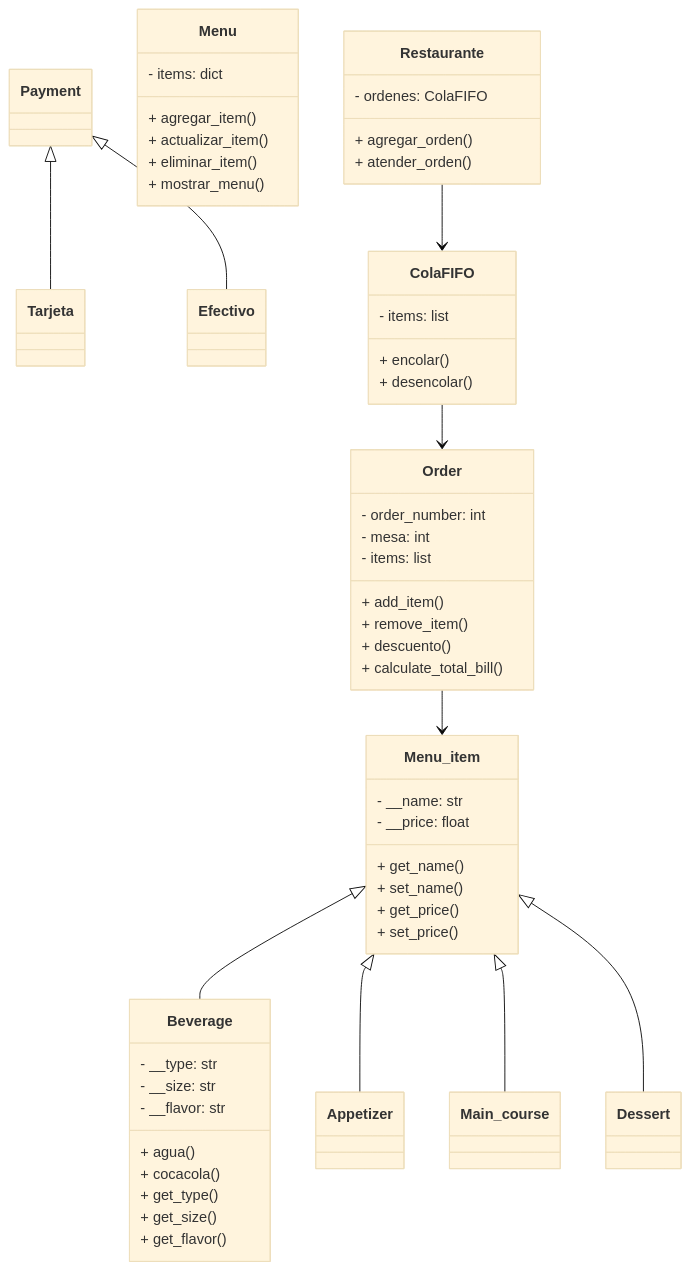
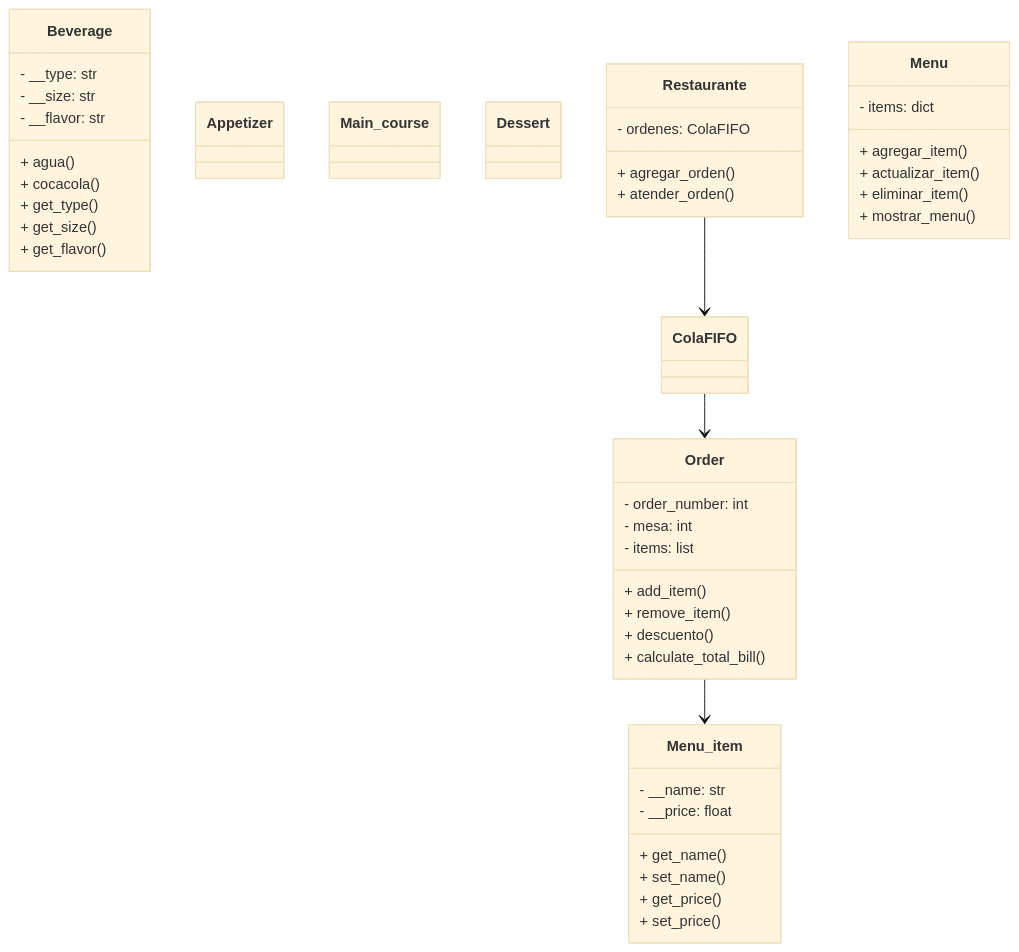
Before and after one commit to Miguel-Coder-24/Reto-7: the first of 2 diagrams in README.md, drawn with Mermaid (base theme).

Commit message:
README.md

````diff
--- a/README.md
+++ b/README.md
@@ -7,71 +7,53 @@
 ```mermaid
 classDiagram
     class Menu_item {
         - __name: str
         - __price: float
         + get_name()
         + set_name()
         + get_price()
         + set_price()
     }
 
     class Beverage {
         - __type: str
         - __size: str
         - __flavor: str
         + agua()
         + cocacola()
         + get_type()
         + get_size()
         + get_flavor()
     }
 
     class Appetizer
     class Main_course
     class Dessert
     class Order {
         - order_number: int
         - mesa: int
         - items: list
         + add_item()
         + remove_item()
         + descuento()
         + calculate_total_bill()
     }
 
-    class Tarjeta
-    class Efectivo
-    class ColaFIFO {
-        - items: list
-        + encolar()
-        + desencolar()
-    }
-
     class Restaurante {
         - ordenes: ColaFIFO
         + agregar_orden()
         + atender_orden()
     }
 
     class Menu {
         - items: dict
         + agregar_item()
         + actualizar_item()
         + eliminar_item()
         + mostrar_menu()
     }
 
-    class Payment
-
-    Menu_item <|-- Beverage
-    Menu_item <|-- Appetizer
-    Menu_item <|-- Main_course
-    Menu_item <|-- Dessert
-
-    Payment <|-- Tarjeta
-    Payment <|-- Efectivo
-
     Restaurante --> ColaFIFO
     ColaFIFO --> Order
     Order --> Menu_item
 ```
````
